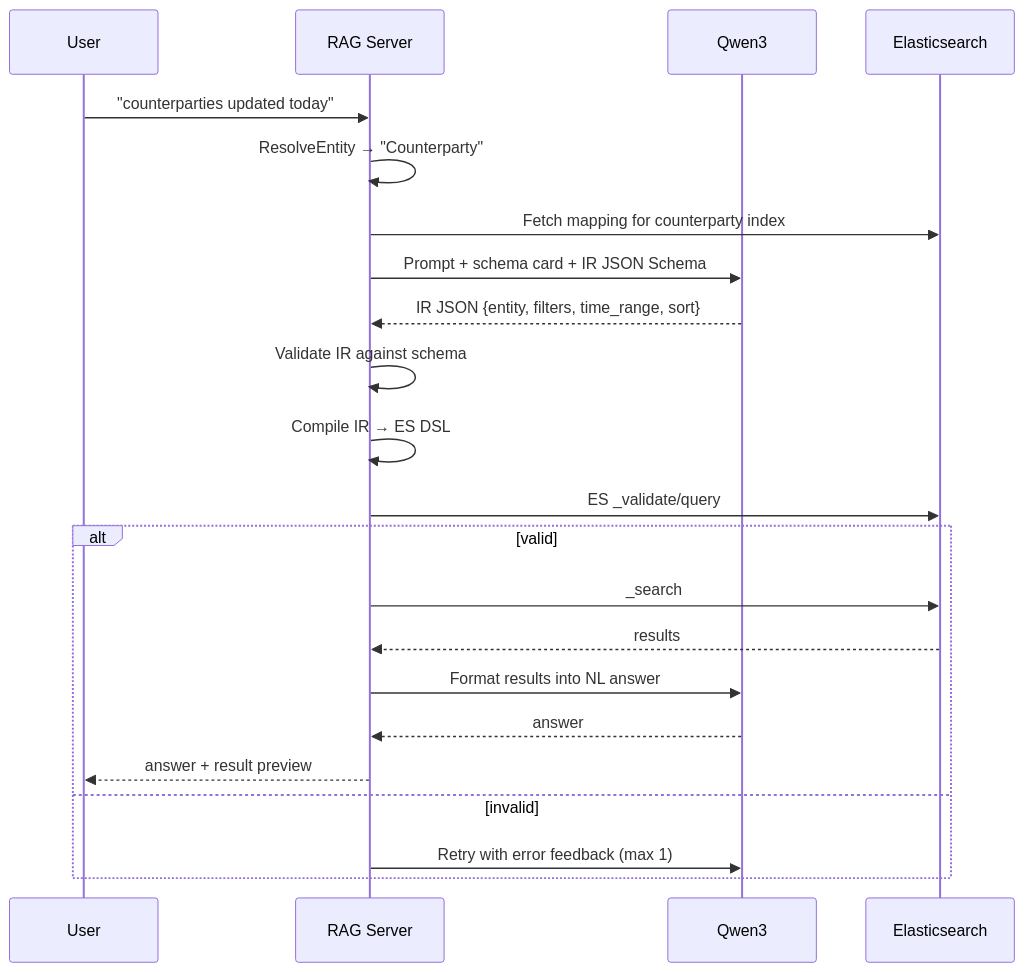
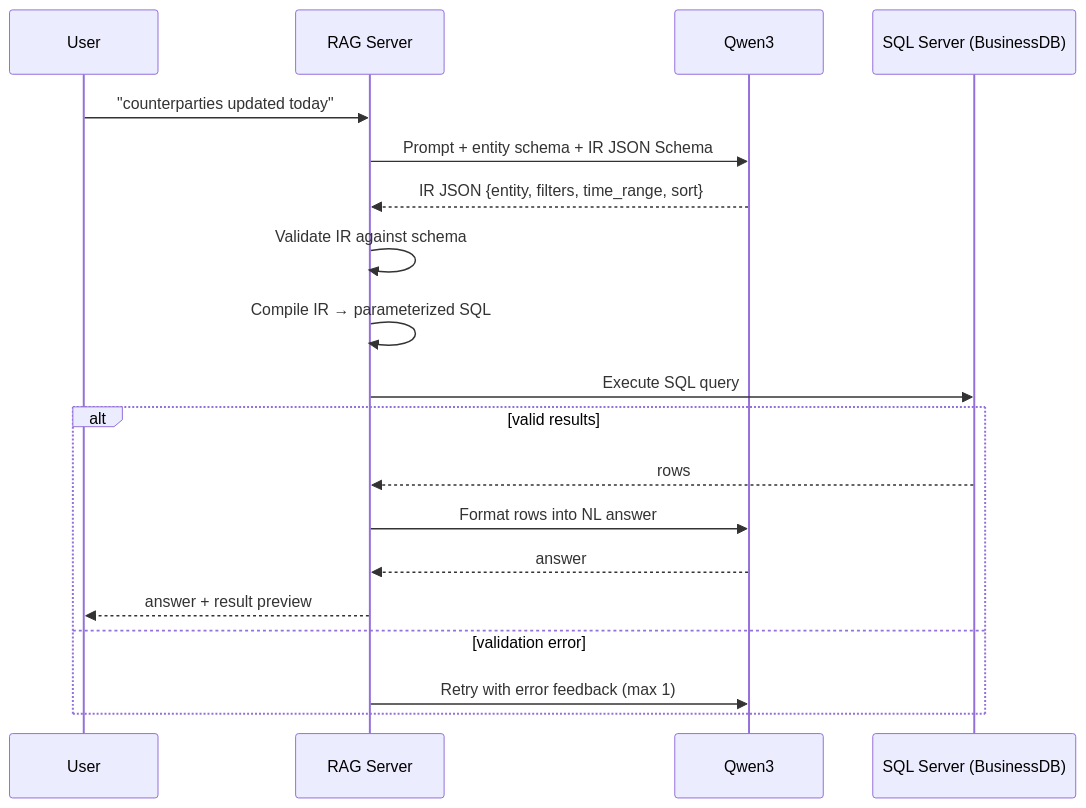
The second of 6 diagrams in docs/AI-assistant.md (tomas-rampas/ollapoc), drawn with Mermaid before and after one commit. The commit also changed other lines of this file and 10 other files, not shown here.

````diff
--- a/docs/AI-assistant.md
+++ b/docs/AI-assistant.md
@@ -258,25 +261,22 @@
 ```mermaid
 sequenceDiagram
     participant U as User
     participant R as RAG Server
     participant O as Qwen3
-    participant E as Elasticsearch
+    participant S as SQL Server (BusinessDB)
 
     U->>R: "counterparties updated today"
-    R->>R: ResolveEntity → "Counterparty"
-    R->>E: Fetch mapping for counterparty index
-    R->>O: Prompt + schema card + IR JSON Schema
+    R->>O: Prompt + entity schema + IR JSON Schema
     O-->>R: IR JSON {entity, filters, time_range, sort}
     R->>R: Validate IR against schema
-    R->>R: Compile IR → ES DSL
-    R->>E: ES _validate/query
-    alt valid
-        R->>E: _search
-        E-->>R: results
-        R->>O: Format results into NL answer
+    R->>R: Compile IR → parameterized SQL
+    R->>S: Execute SQL query
+    alt valid results
+        S-->>R: rows
+        R->>O: Format rows into NL answer
         O-->>R: answer
         R-->>U: answer + result preview
-    else invalid
+    else validation error
         R->>O: Retry with error feedback (max 1)
     end
 ```
````
